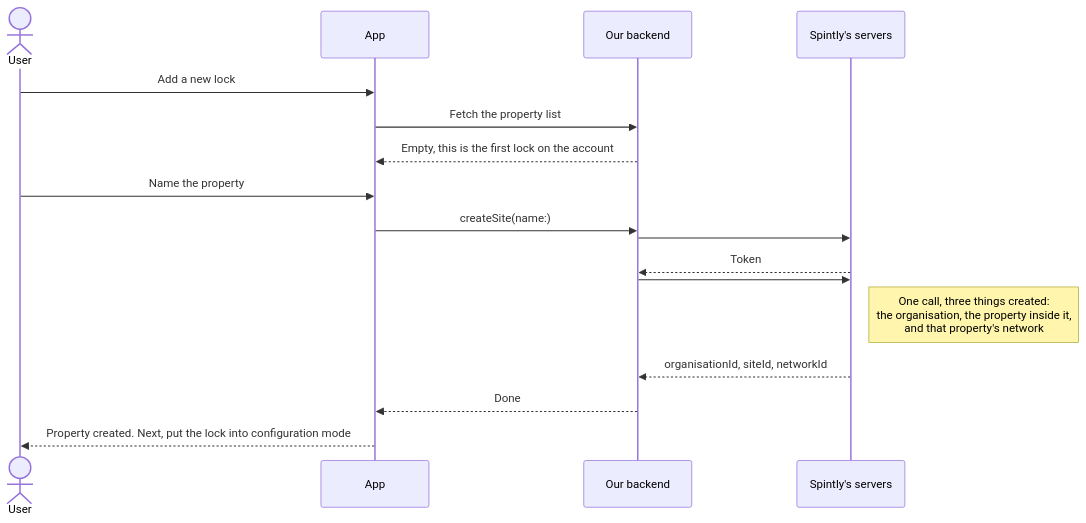
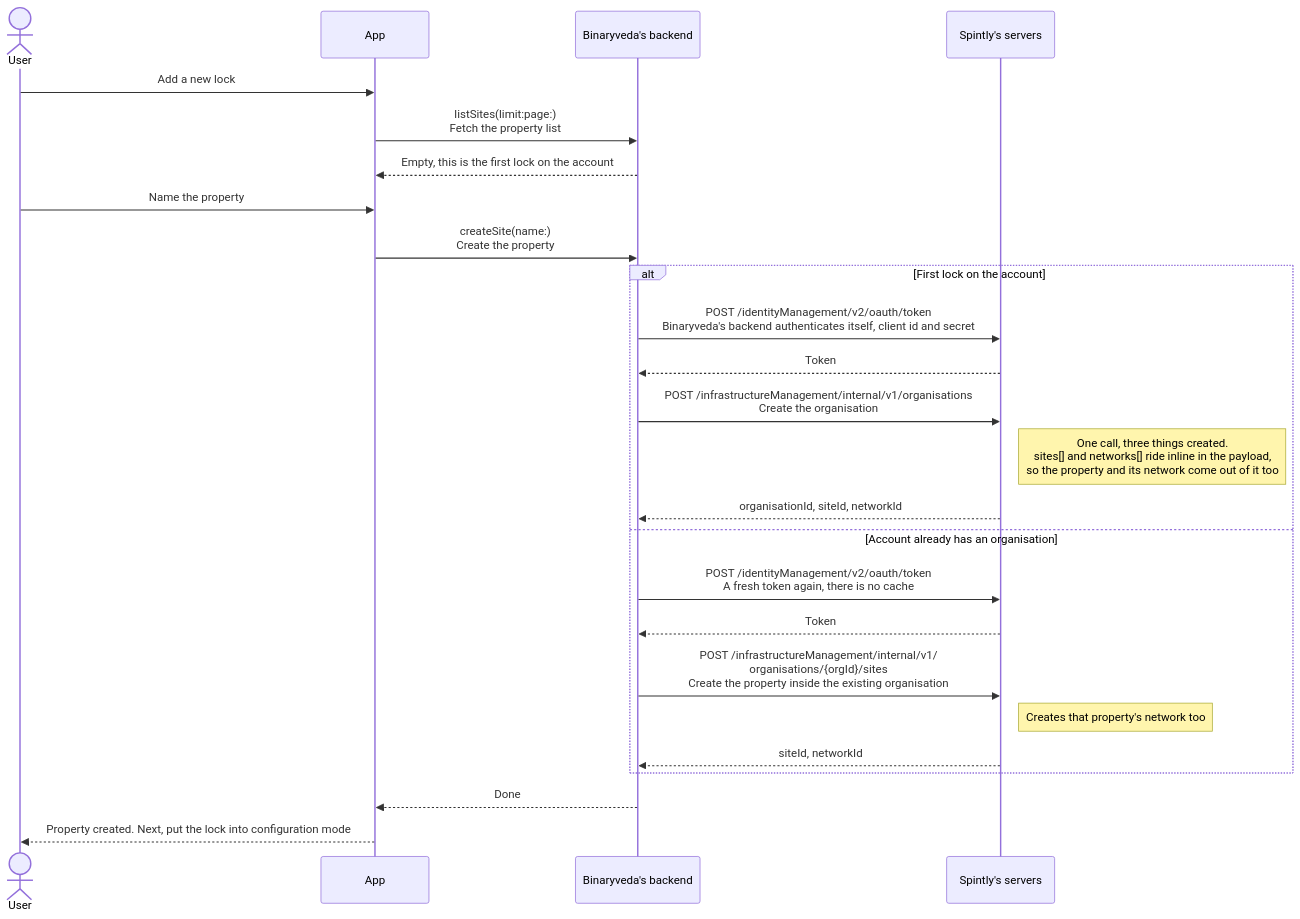
Before and after one commit to Yash-Wadatkar-Binaryveda/sdk-docs-site: the second of 16 diagrams in docs/lock-onboarding.md, drawn with Mermaid. The commit also changed other lines of this file and 3 other files, not shown here.

First line of the commit message:
Update documentation to reflect Binaryveda's backend and clarify SDK interactions

````diff
--- a/docs/lock-onboarding.md
+++ b/docs/lock-onboarding.md
@@ -104,20 +109,28 @@
 ```mermaid
 sequenceDiagram
     actor U as User
     participant A as App
-    participant B as Our backend
+    participant B as Binaryveda's backend
     participant S as Spintly's servers
 
     U->>A: Add a new lock
-    A->>B: Fetch the property list
+    A->>B: listSites(limit:page:)<br/>Fetch the property list
     B-->>A: Empty, this is the first lock on the account
     U->>A: Name the property
-    A->>B: createSite(name:)
-    B->>S: #1 Fetch an OAuth token
-    S-->>B: Token
-    B->>S: #2 Create the organisation
-    Note right of S: One call, three things created:<br/>the organisation, the property inside it,<br/>and that property's network
-    S-->>B: organisationId, siteId, networkId
+    A->>B: createSite(name:)<br/>Create the property
+    alt First lock on the account
+        B->>S: POST /identityManagement/v2/oauth/token<br/>Binaryveda's backend authenticates itself, client id and secret
+        S-->>B: Token
+        B->>S: POST /infrastructureManagement/internal/v1/organisations<br/>Create the organisation
+        Note right of S: One call, three things created.<br/>sites[] and networks[] ride inline in the payload,<br/>so the property and its network come out of it too
+        S-->>B: organisationId, siteId, networkId
+    else Account already has an organisation
+        B->>S: POST /identityManagement/v2/oauth/token<br/>A fresh token again, there is no cache
+        S-->>B: Token
+        B->>S: POST /infrastructureManagement/internal/v1/<br/>organisations/{orgId}/sites<br/>Create the property inside the existing organisation
+        Note right of S: Creates that property's network too
+        S-->>B: siteId, networkId
+    end
     B-->>A: Done
     A-->>U: Property created. Next, put the lock into configuration mode
 ```
````
